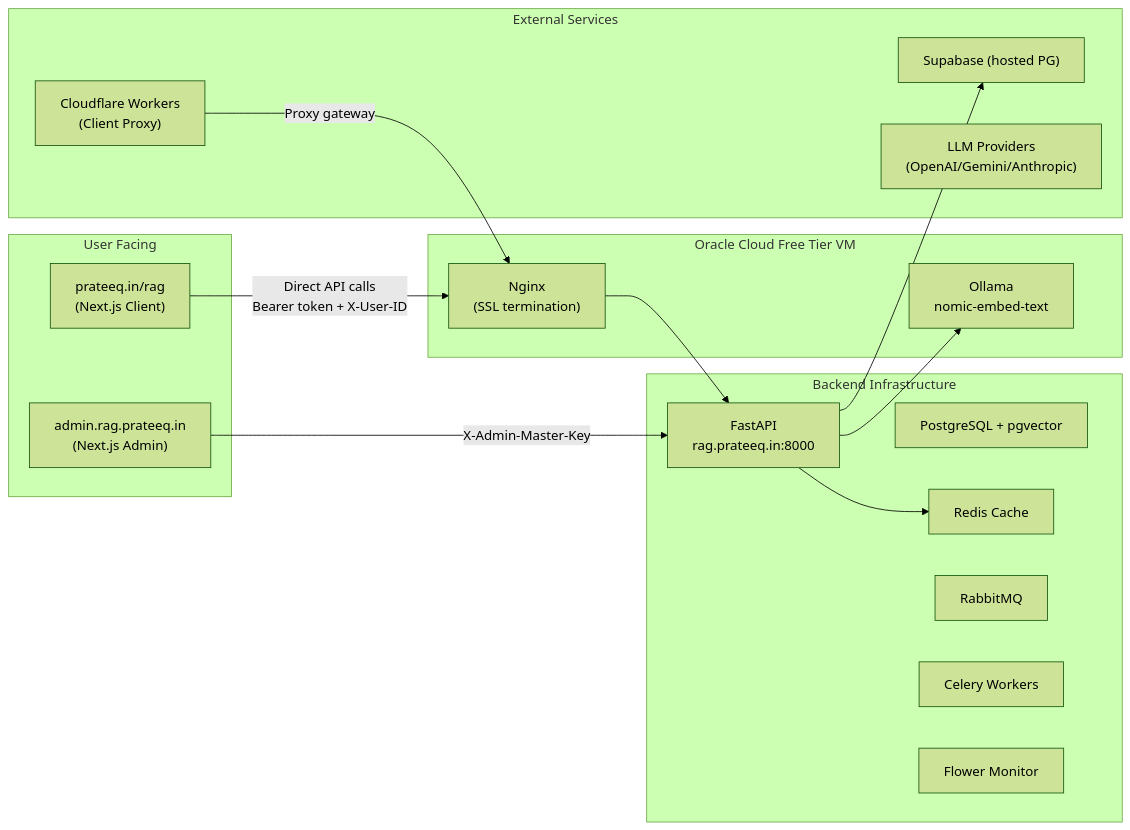
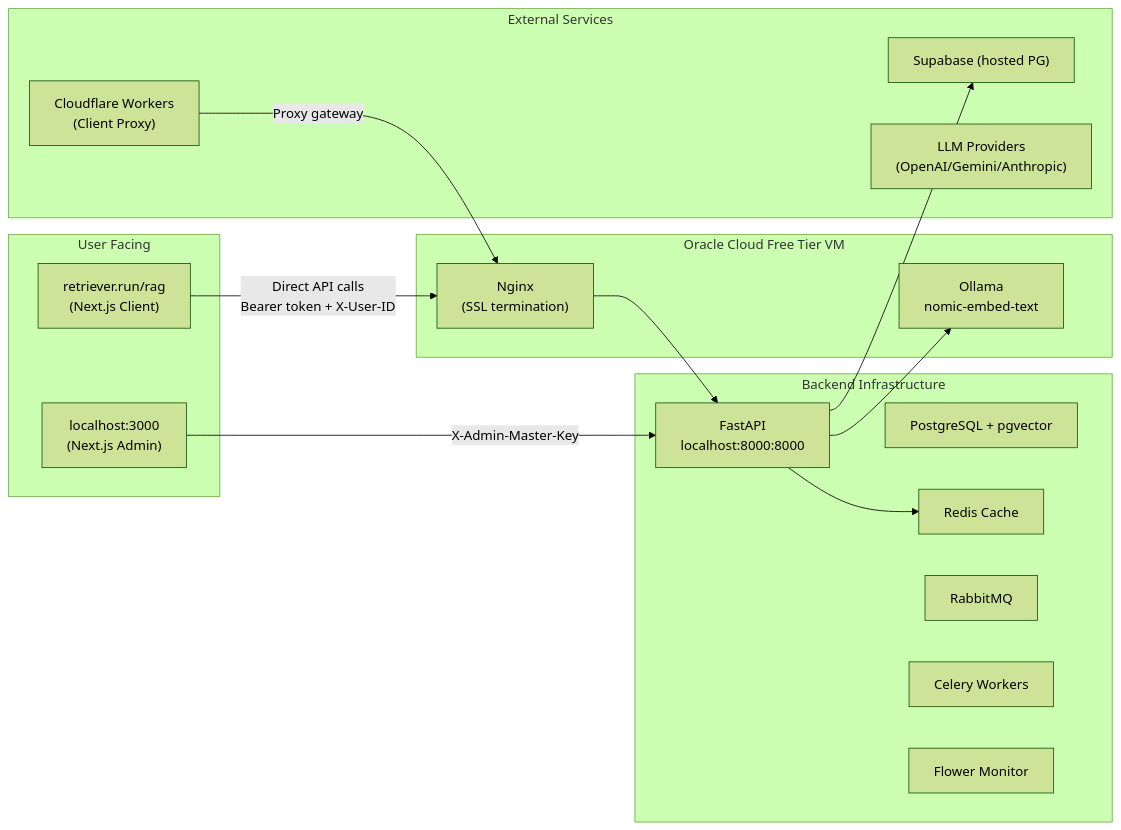
Before and after one commit to prat3010/retriever: the diagram in docs/operations/RAG_ANALYSIS.md, drawn with Mermaid (forest theme). The commit also changed other lines of this file and 108 other files, not shown here.

Commit message:
refactor(decouple): sanitize personal domains and decouple retriever platform from prateeq.in

````diff
--- a/docs/operations/RAG_ANALYSIS.md
+++ b/docs/operations/RAG_ANALYSIS.md
@@ -24,34 +24,34 @@
 ```mermaid
 graph LR
     subgraph "User Facing"
-        A["prateeq.in/rag<br/>(Next.js Client)"]
-        B["admin.rag.prateeq.in<br/>(Next.js Admin)"]
+        A["retriever.run/rag<br/>(Next.js Client)"]
+        B["localhost:3000<br/>(Next.js Admin)"]
     end
 
     subgraph "Backend Infrastructure"
-        C["FastAPI<br/>rag.prateeq.in:8000"]
+        C["FastAPI<br/>localhost:8000:8000"]
         D["PostgreSQL + pgvector"]
         E["Redis Cache"]
         F["RabbitMQ"]
         G["Celery Workers"]
         H["Flower Monitor"]
     end
 
     subgraph "Oracle Cloud Free Tier VM"
         N["Nginx<br/>(SSL termination)"] --> C
         O["Ollama<br/>nomic-embed-text"] 
     end
 
     subgraph "External Services"
         I["Supabase (hosted PG)"]
         J["LLM Providers<br/>(OpenAI/Gemini/Anthropic)"]
         L["Cloudflare Workers<br/>(Client Proxy)"]
     end
 
     A -->|"Direct API calls<br/>Bearer token + X-User-ID"| N
     B -->|"X-Admin-Master-Key"| C
     C --> I
     C --> E
     C --> O
     L -->|"Proxy gateway"| N
 ```
````
